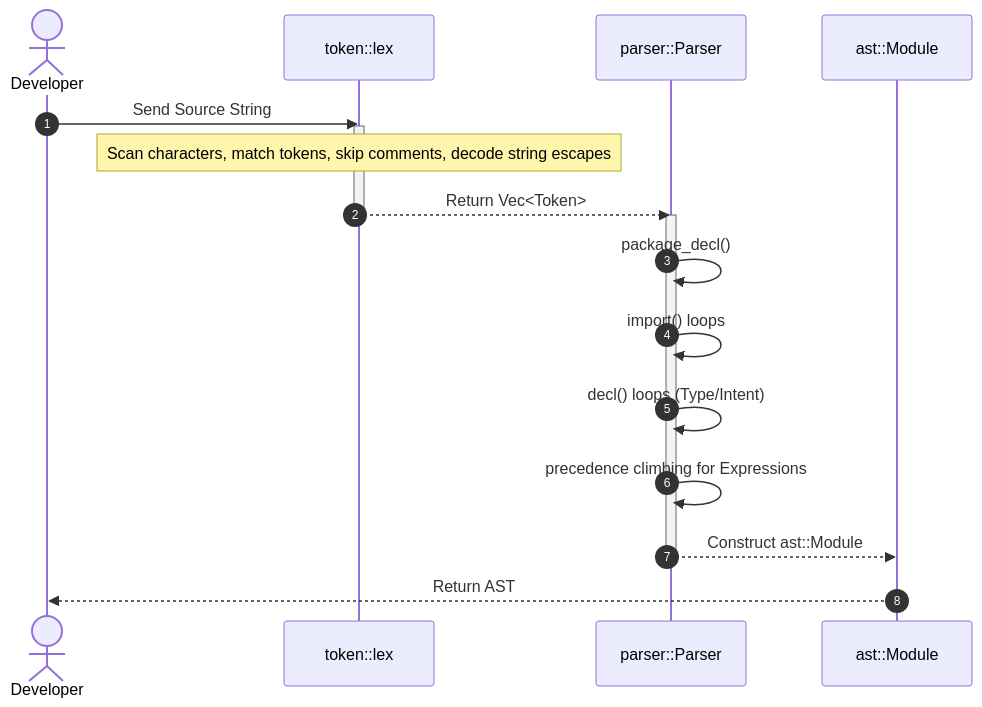
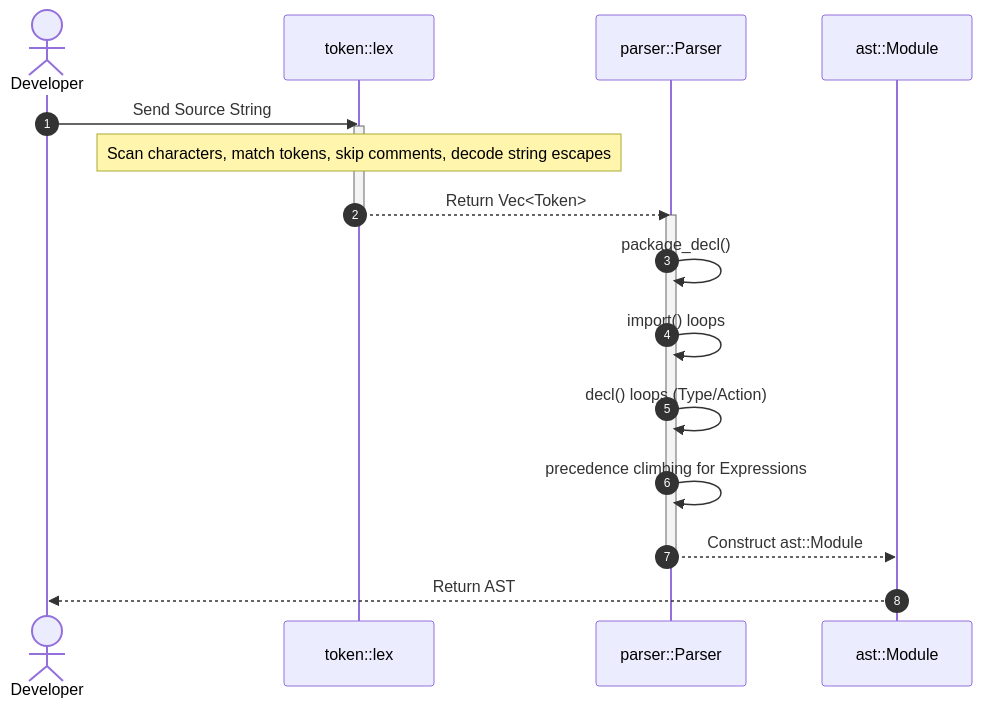
Before and after one commit to flyingrobots/edict: the third of 4 diagrams in docs/TECHNICAL_EXPLANATION.md, drawn with Mermaid. The commit also changed other lines of this file and 107 other files, not shown here.

First line of the commit message:
Refactor: Rename Intent to Action workspace-wide

````diff
--- a/docs/TECHNICAL_EXPLANATION.md
+++ b/docs/TECHNICAL_EXPLANATION.md
@@ -130,23 +130,23 @@
 ```mermaid
 sequenceDiagram
     autonumber
     actor Developer
     participant Lexer as token::lex
     participant Parser as parser::Parser
     participant AST as ast::Module
 
     Developer->>Lexer: Send Source String
     activate Lexer
     Note over Lexer: Scan characters, match tokens, skip comments, decode string escapes
     Lexer-->>Parser: Return Vec<Token>
     deactivate Lexer
 
     activate Parser
     Parser->>Parser: package_decl()
     Parser->>Parser: import() loops
-    Parser->>Parser: decl() loops (Type/Intent)
+    Parser->>Parser: decl() loops (Type/Action)
     Parser->>Parser: precedence climbing for Expressions
     Parser-->>AST: Construct ast::Module
     deactivate Parser
     AST-->>Developer: Return AST
 ```
````
